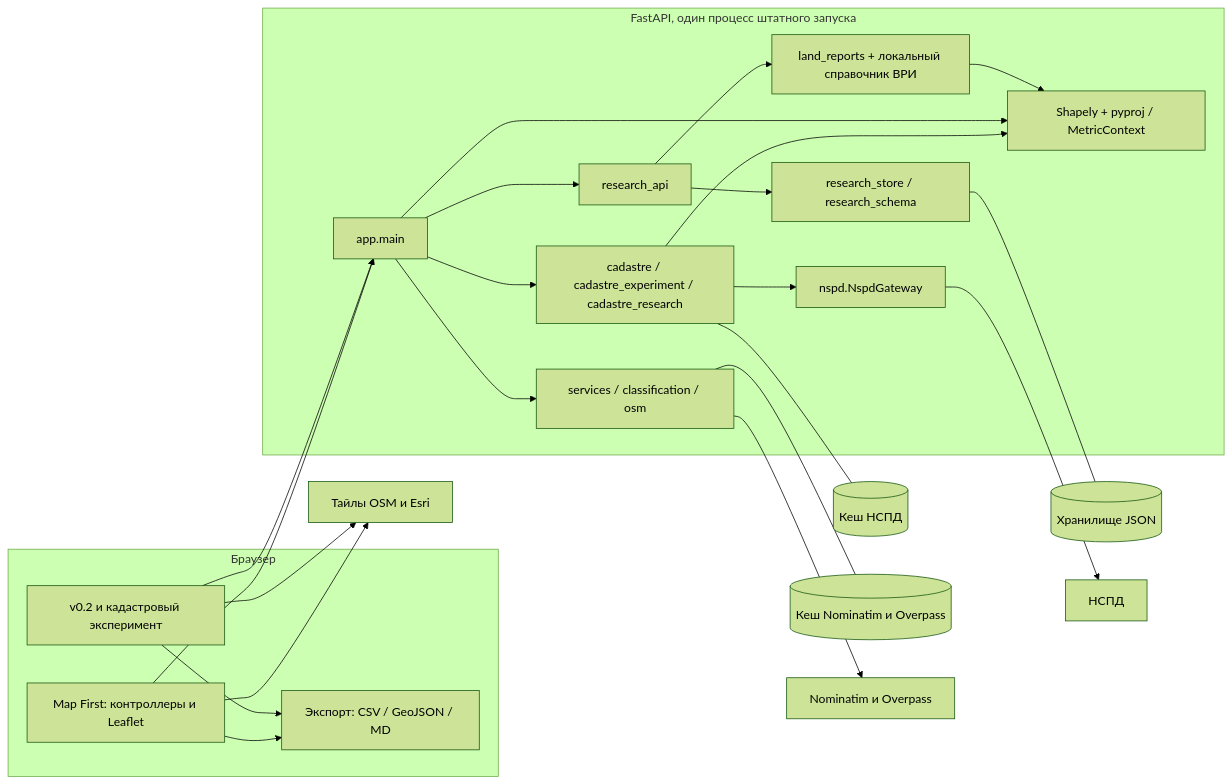
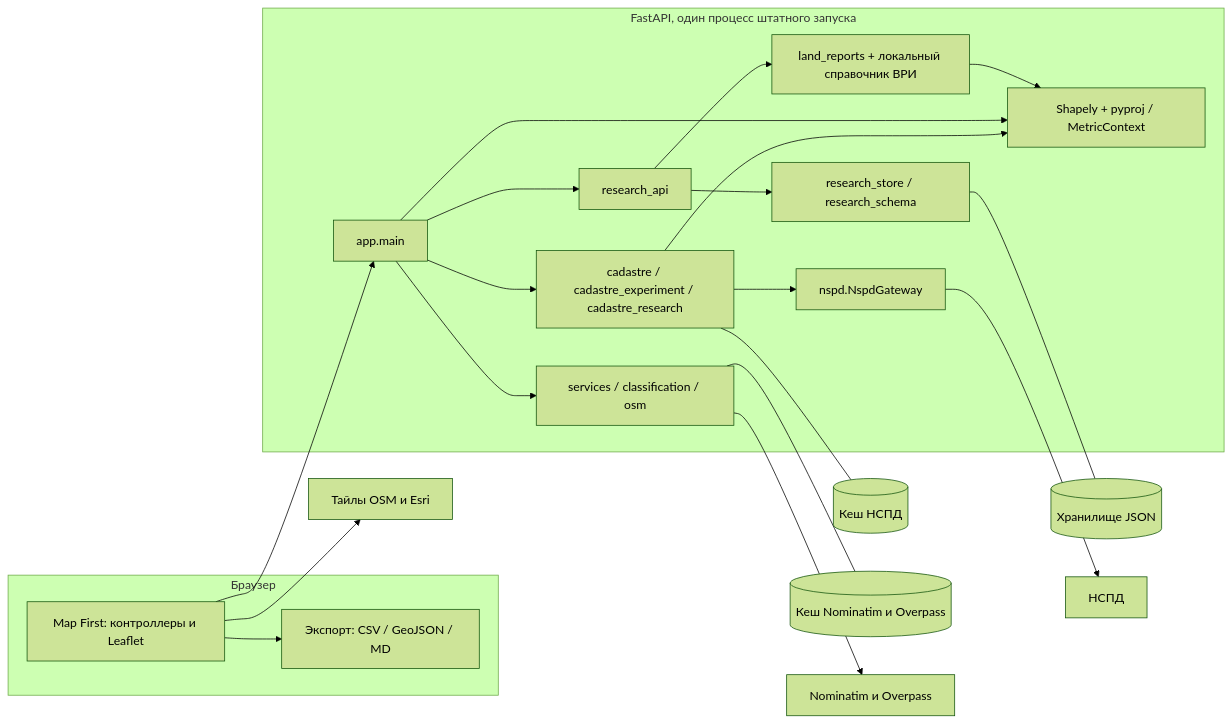
Before and after one commit to slavabochkarev/ecogeoterra: the diagram in docs/architecture/diagrams/components.mmd, drawn with Mermaid (forest theme). The commit also changed 53 other files, not shown here.

```diff
--- a/docs/architecture/diagrams/components.mmd
+++ b/docs/architecture/diagrams/components.mmd
@@ -1,35 +1,31 @@
 flowchart LR
     subgraph Browser["Браузер"]
         MF["Map First: контроллеры и Leaflet"]
-        Legacy["v0.2 и кадастровый эксперимент"]
         Export["Экспорт: CSV / GeoJSON / MD"]
         MF --> Export
-        Legacy --> Export
     end
     subgraph Server["FastAPI, один процесс штатного запуска"]
         API["app.main"]
         RAPI["research_api"]
         CAD["cadastre / cadastre_experiment / cadastre_research"]
         GATE["nspd.NspdGateway"]
         GEO["Shapely + pyproj / MetricContext"]
         OSM["services / classification / osm"]
         STORE["research_store / research_schema"]
         REPORT["land_reports + локальный справочник ВРИ"]
         API --> CAD --> GATE
         API --> OSM
         API --> RAPI
         RAPI --> STORE
         RAPI --> REPORT
         CAD --> GEO
         API --> GEO
         REPORT --> GEO
     end
     MF --> API
-    Legacy --> API
     CAD --- CACHE[("Кеш НСПД")]
     OSM --- OS_CACHE[("Кеш Nominatim и Overpass")]
     STORE --- FILES[("Хранилище JSON")]
     GATE --> NSPD["НСПД"]
     OSM --> PROVIDERS["Nominatim и Overpass"]
     MF --> TILES["Тайлы OSM и Esri"]
-    Legacy --> TILES
```
